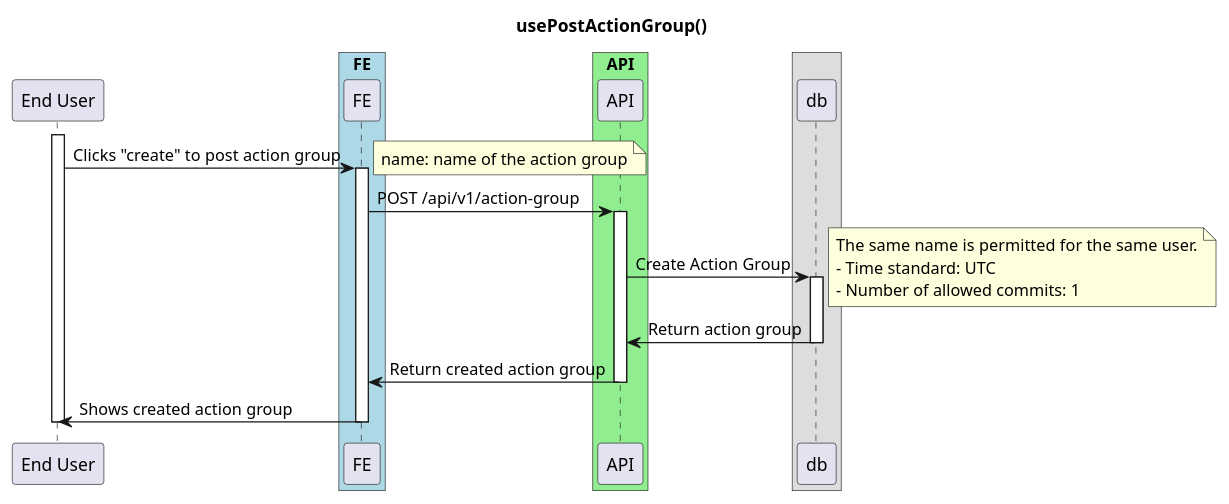
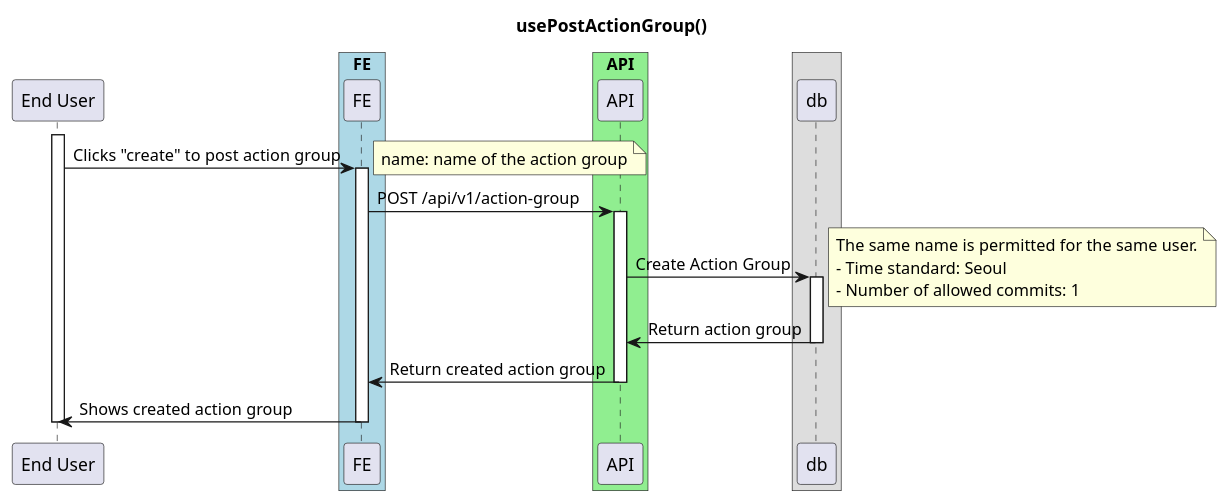
The diagram in dev_consistency/diagrams/on-post-action-group.md (ajktown/docs), drawn with PlantUML before and after one commit. The commit also changed 2 other files, not shown here.

Commit message:
Doc for GET /rituals (#80)
# Background
API now returns a wrapper domain called `Ritual` to manage `ActionGroup`
handled in https://github.com/ajktown/api/pull/86

## TODOs
- [x] Rename `GET /action-groups` to `GET /rituals`

## Checklist (Developers)
- [x] `Draft` is set for this PR
- [x] `Title` is checked
- [x] `Background` is filled
- [x] `TODOs` are filled
- [x] `Assignee` is set
- [x] `Labels` are set
- [x] `Project` is created & linked, if multiple PRs are associated to
this PR
- [x] `development` is linked if related issue exists
- [x] `yarn inspect` is run
- [x] `TODOs` are handled and checked
- [x] Final Operation Check is done
- [x] Make this PR as an open PR

## Checklist (Reviewers)
- [x] Check if there are any other missing TODOs that are not yet listed
- [x] Review Code
- [x] Every item on the checklist has been addressed accordingly
- [x] If `development` is associated to this PR, you must check if every
TODOs are handled

````diff
--- a/dev_consistency/diagrams/on-post-action-group.md
+++ b/dev_consistency/diagrams/on-post-action-group.md
@@ -16,38 +16,38 @@
 ```plantuml
 
 @startuml
 
 title usePostActionGroup()
 
 participant "End User" as user
 
 box "FE" #Lightblue
   participant "FE" as fe
 box
 box "API" #Lightgreen
   participant "API" as api
 box
 
 activate user
   user -> fe: Clicks "create" to post action group
   note right
     name: name of the action group
   end note
   activate fe
     fe -> api: POST /api/v1/action-group
     activate api
       api -> db: Create Action Group
       note right
         The same name is permitted for the same user.
-        - Time standard: UTC
+        - Time standard: Seoul
         - Number of allowed commits: 1
       end note
       activate db
         api <- db: Return action group
       deactivate db
       fe <- api: Return created action group
     deactivate api
     user <- fe: Shows created action group
   deactivate fe
 deactivate user
 ```
````
